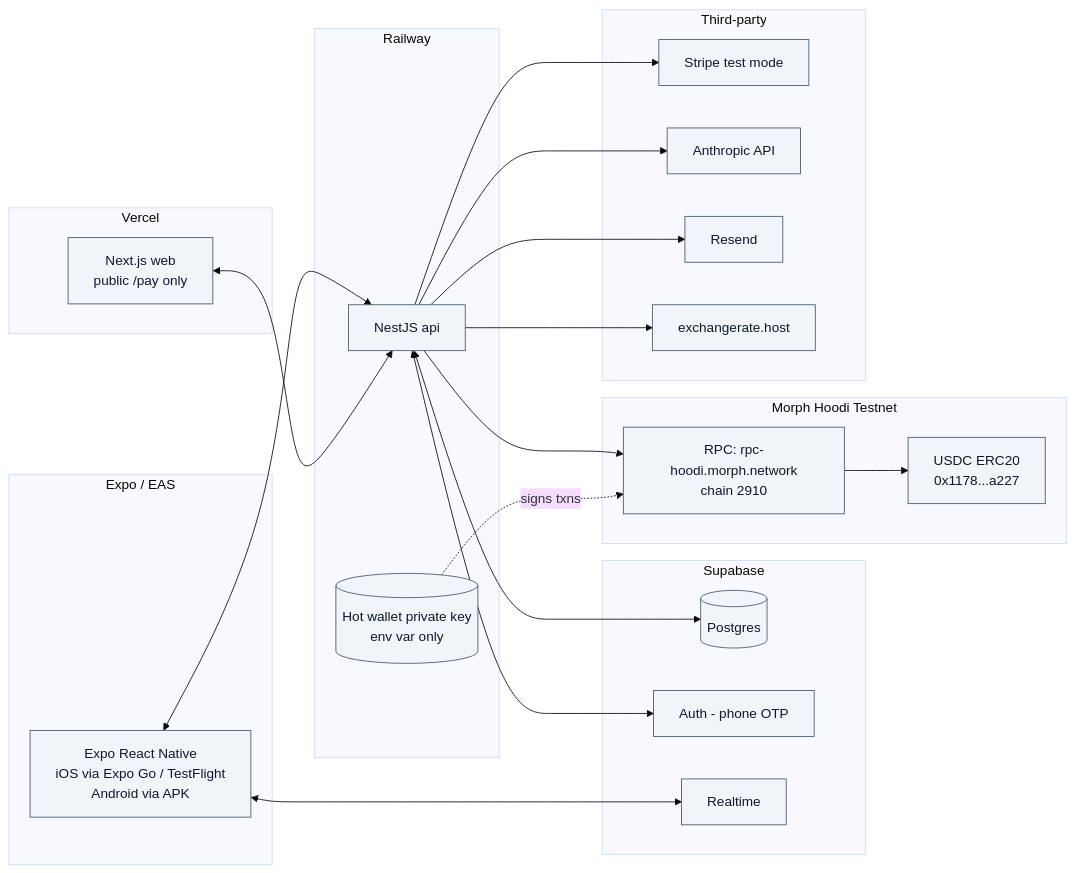
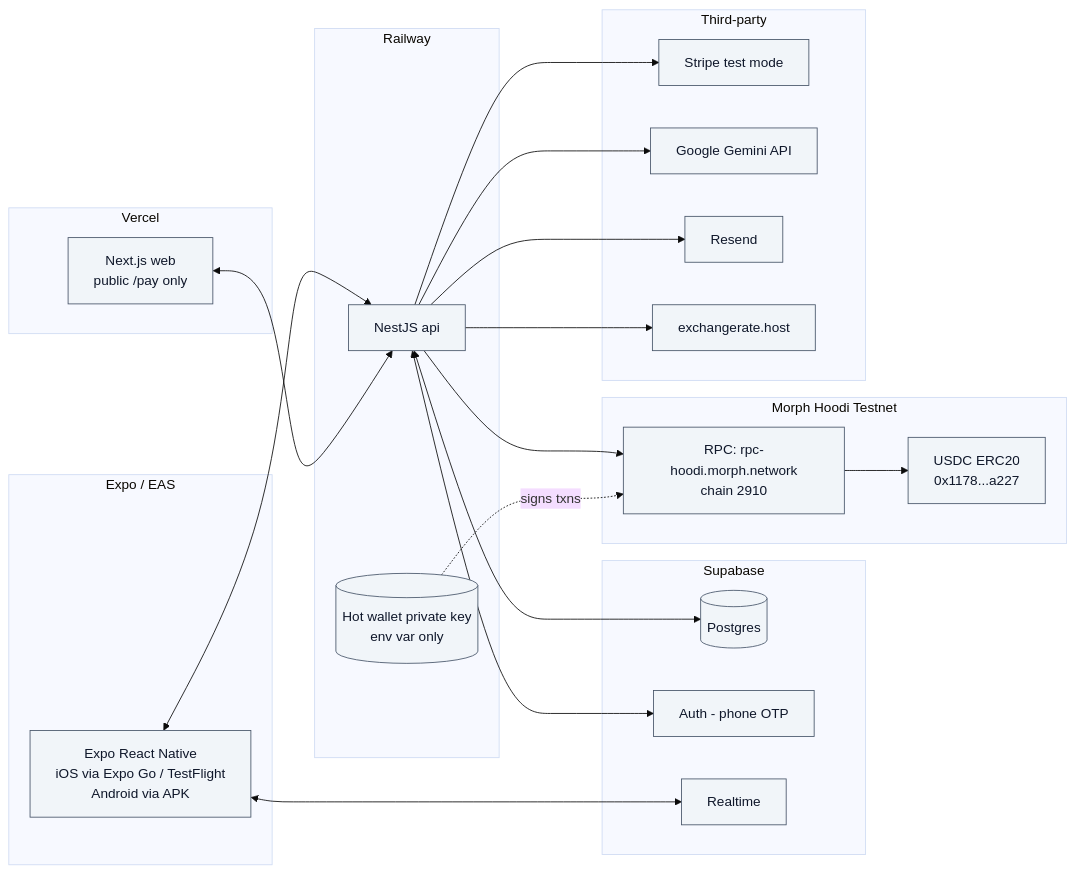
Before and after one commit to LodiAniez/teampagadian-hackathon: the eighth of 8 diagrams in docs/architecture.md, drawn with Mermaid (base theme). The commit also changed other lines of this file and 12 other files, not shown here.

````diff
--- a/docs/architecture.md
+++ b/docs/architecture.md
@@ -451,43 +451,43 @@
 ```mermaid
 flowchart LR
     classDef vendor fill:#f1f5f9,stroke:#475569,color:#0f172a
 
     subgraph EAS["Expo / EAS"]
         MobileDeploy[Expo React Native<br/>iOS via Expo Go / TestFlight<br/>Android via APK]:::vendor
     end
     subgraph Vercel["Vercel"]
         WebDeploy[Next.js web<br/>public /pay only]:::vendor
     end
     subgraph Railway["Railway"]
         ApiDeploy[NestJS api]:::vendor
         HotWallet[(Hot wallet private key<br/>env var only)]:::vendor
     end
     subgraph Supabase["Supabase"]
         Pg[(Postgres)]:::vendor
         SbAuth[Auth - phone OTP]:::vendor
         SbRt[Realtime]:::vendor
     end
     subgraph Chain["Morph Hoodi Testnet"]
         Rpc[RPC: rpc-hoodi.morph.network<br/>chain 2910]:::vendor
         Usdc["USDC ERC20<br/>0x1178...a227"]:::vendor
     end
     subgraph SaaS["Third-party"]
         StripeS[Stripe test mode]:::vendor
-        ClaudeS[Anthropic API]:::vendor
+        GeminiS[Google Gemini API]:::vendor
         ResendS[Resend]:::vendor
         FxS[exchangerate.host]:::vendor
     end
 
     MobileDeploy <--> ApiDeploy
     WebDeploy <--> ApiDeploy
     ApiDeploy <--> Pg
     ApiDeploy <--> SbAuth
     MobileDeploy <--> SbRt
     ApiDeploy --> Rpc
     Rpc --> Usdc
     ApiDeploy --> StripeS
-    ApiDeploy --> ClaudeS
+    ApiDeploy --> GeminiS
     ApiDeploy --> ResendS
     ApiDeploy --> FxS
     HotWallet -. signs txns .-> Rpc
 ```
````
